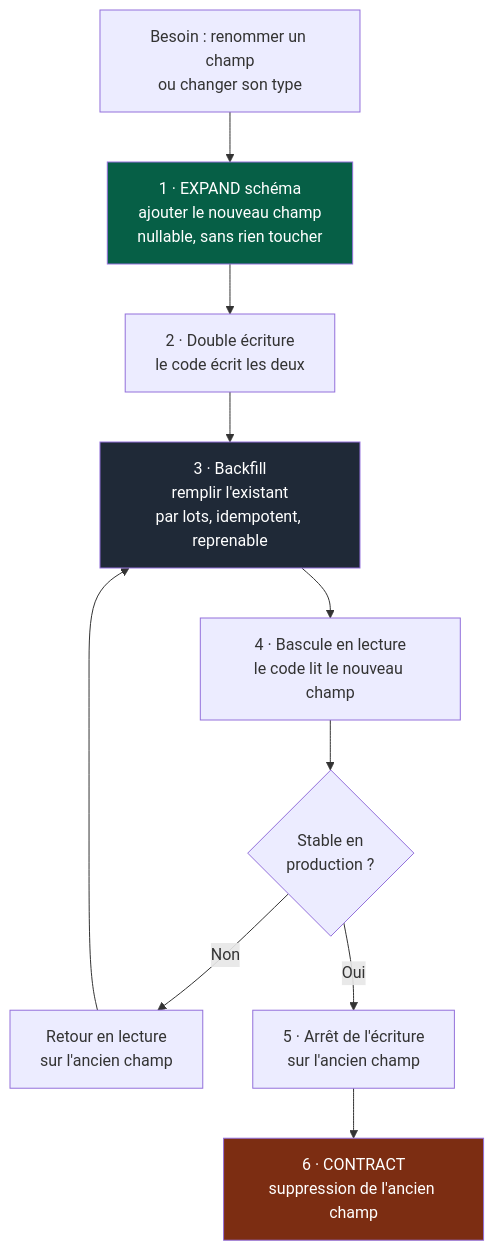
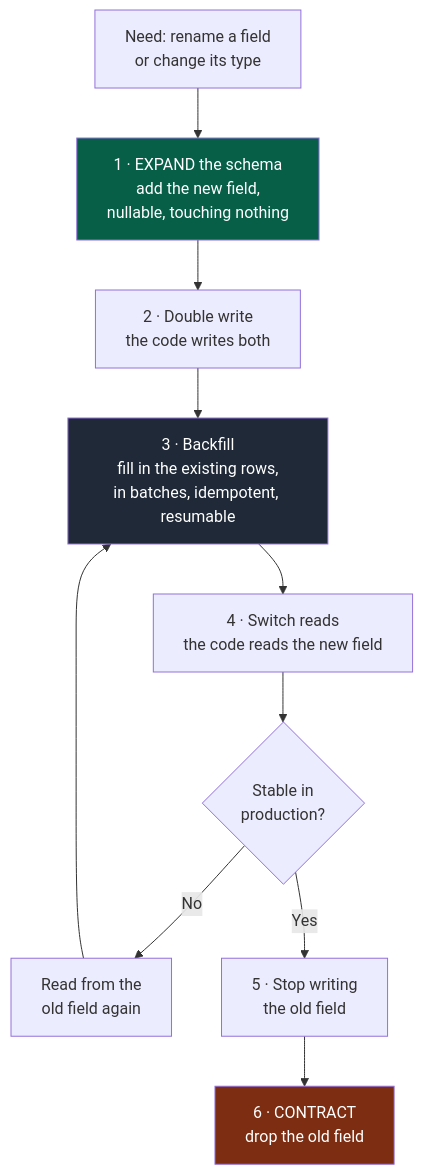
Before and after one commit to NapkinStack/engineering-os: the diagram in skeleton/playbooks/data-migration.md, drawn with Mermaid. The commit also changed other lines of this file and 4 other files, not shown here.

````diff
--- a/skeleton/playbooks/data-migration.md
+++ b/skeleton/playbooks/data-migration.md
@@ -25,15 +25,15 @@
 ```mermaid
 flowchart TD
-    A["Besoin : renommer un champ<br/>ou changer son type"] --> B["1 · EXPAND schéma<br/>ajouter le nouveau champ<br/>nullable, sans rien toucher"]
-    B --> C["2 · Double écriture<br/>le code écrit les deux"]
-    C --> D["3 · Backfill<br/>remplir l'existant<br/>par lots, idempotent, reprenable"]
-    D --> E["4 · Bascule en lecture<br/>le code lit le nouveau champ"]
-    E --> F{"Stable en<br/>production ?"}
-    F -->|Non| E2["Retour en lecture<br/>sur l'ancien champ"] --> D
-    F -->|Oui| G["5 · Arrêt de l'écriture<br/>sur l'ancien champ"]
-    G --> H["6 · CONTRACT<br/>suppression de l'ancien champ"]
+    A["Need: rename a field<br/>or change its type"] --> B["1 · EXPAND the schema<br/>add the new field,<br/>nullable, touching nothing"]
+    B --> C["2 · Double write<br/>the code writes both"]
+    C --> D["3 · Backfill<br/>fill in the existing rows,<br/>in batches, idempotent, resumable"]
+    D --> E["4 · Switch reads<br/>the code reads the new field"]
+    E --> F{"Stable in<br/>production?"}
+    F -->|No| E2["Read from the<br/>old field again"] --> D
+    F -->|Yes| G["5 · Stop writing<br/>the old field"]
+    G --> H["6 · CONTRACT<br/>drop the old field"]
 
     style B fill:#065f46,color:#fff
     style D fill:#1f2937,color:#fff
     style H fill:#7c2d12,color:#fff
 ```
````
